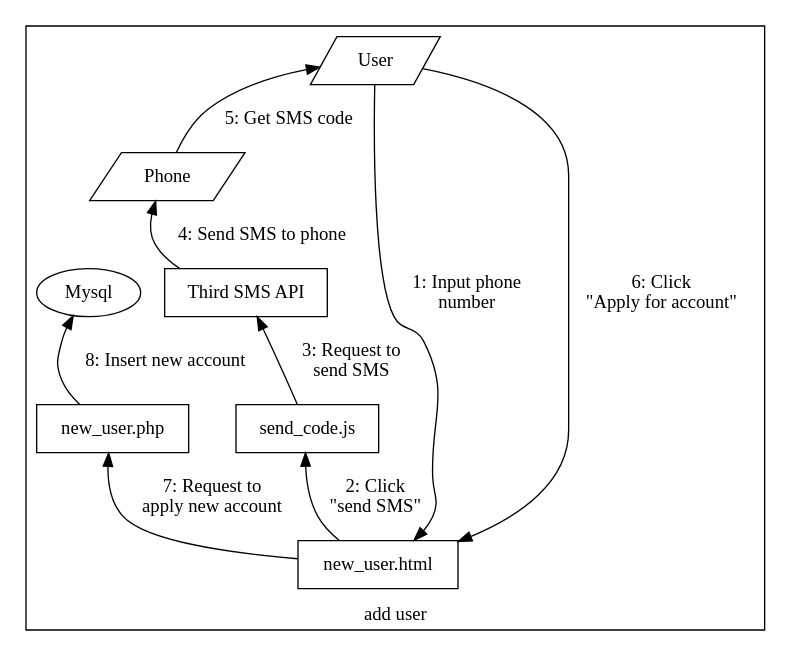
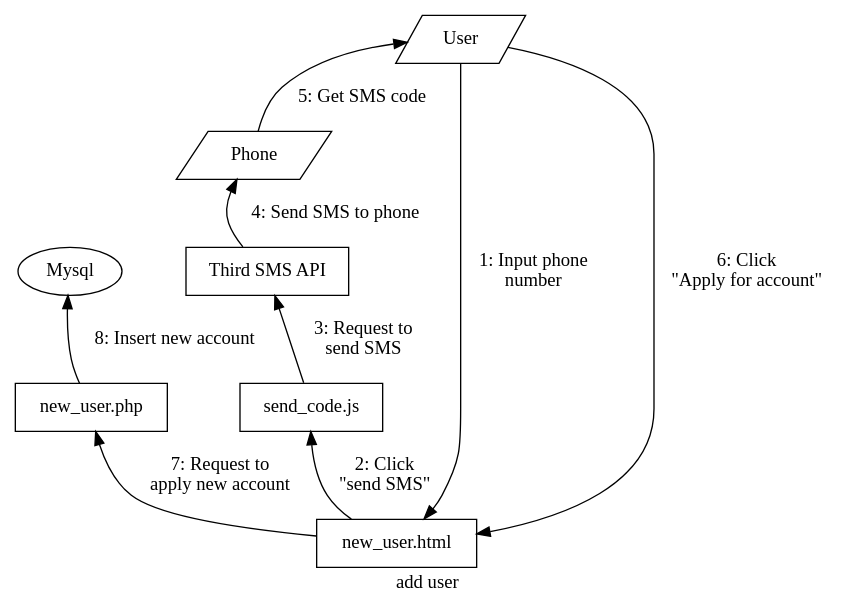
One commit to lsq6815/Web-Expr changed the diagram in dots/add_user.dot. Above: the diagram before and after it, drawn with Graphviz. The commit also changed 10 other files, not shown here.

```diff
--- a/dots/add_user.dot
+++ b/dots/add_user.dot
@@ -1,39 +1,36 @@
 digraph G {
     /* rankdir=LR; */
     compound=true;
     rankdir=BT;
     node[shape=box];
 
-    subgraph cluster0 {
-        label="add user";
-        rankdir=RL;
-        add_front[label="new_user.html"];
-        add_back[label="new_user.php"];
-        send_code[label="send_code.js"]
-        user[label="User", shape=parallelogram]
-        phone[label="Phone", shape=parallelogram];
-        api[label="Third SMS API"];
-        database[label="Mysql", shape=oval];
-    }
+    label="add user";
+    add_front[label="new_user.html"];
+    add_back[label="new_user.php"];
+    send_code[label="send_code.js"]
+    user[label="User", shape=parallelogram]
+    phone[label="Phone", shape=parallelogram];
+    api[label="Third SMS API"];
+    database[label="Mysql", shape=oval];
 
     /* login[label="login.php"]; */
     /* delete[label="account_delete.php"]; */
     /* change[label="change_account.php"]; */
     /* change_pass[label="password_change.php"]; */
 
     /* delete->login[label="Support delete action"]; */
     /* change->login[label="Support change action"]; */
     /* change_pass->login[label="Support password change"]; */
 
     /* add new user */
     user->add_front[label="1: Input phone \nnumber"];
     add_front->send_code[label="2: Click \n\"send SMS\""];
     send_code->api[label="3: Request to \nsend SMS"];
     api->phone[label="4: Send SMS to phone"];
     phone->user[label="5: Get SMS code"];
     user->add_front[label="6: Click \n\"Apply for account\""];
     add_front->add_back[label="7: Request to \napply new account"];
     add_back->database[label="8: Insert new account"];
 
     /* phone->login[ltail=cluster0, label="Support add action"]; */
 }
```
